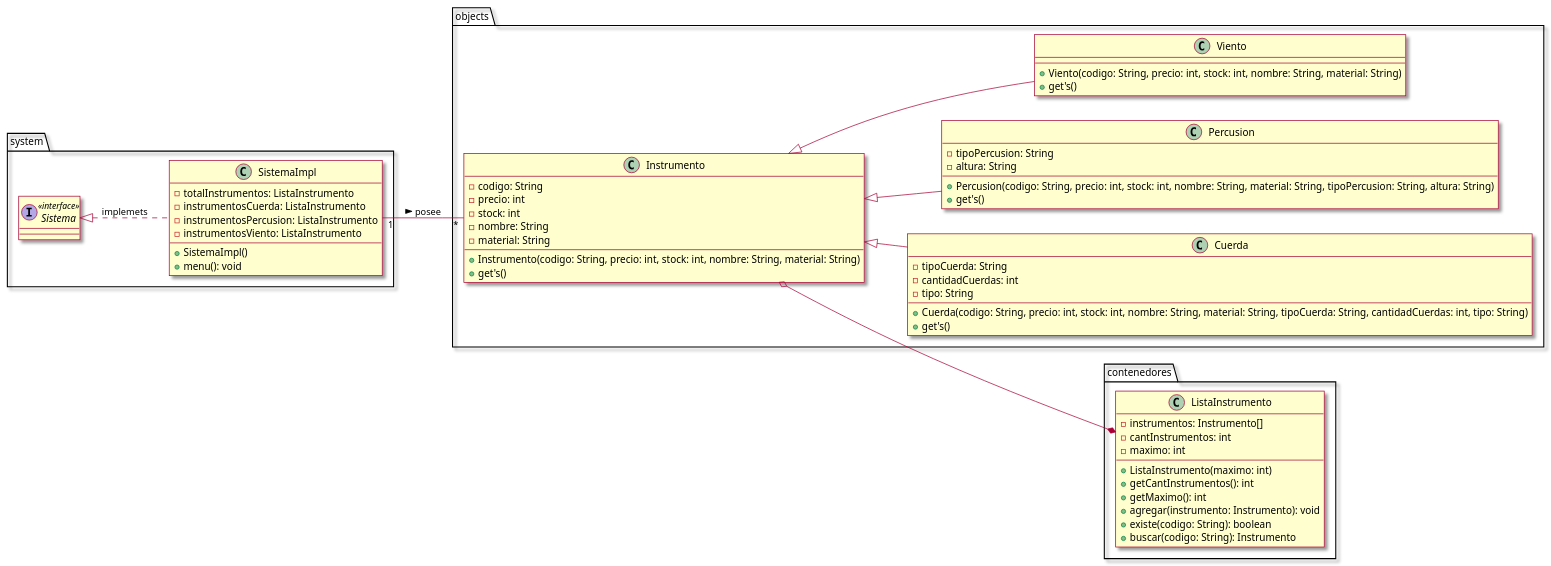
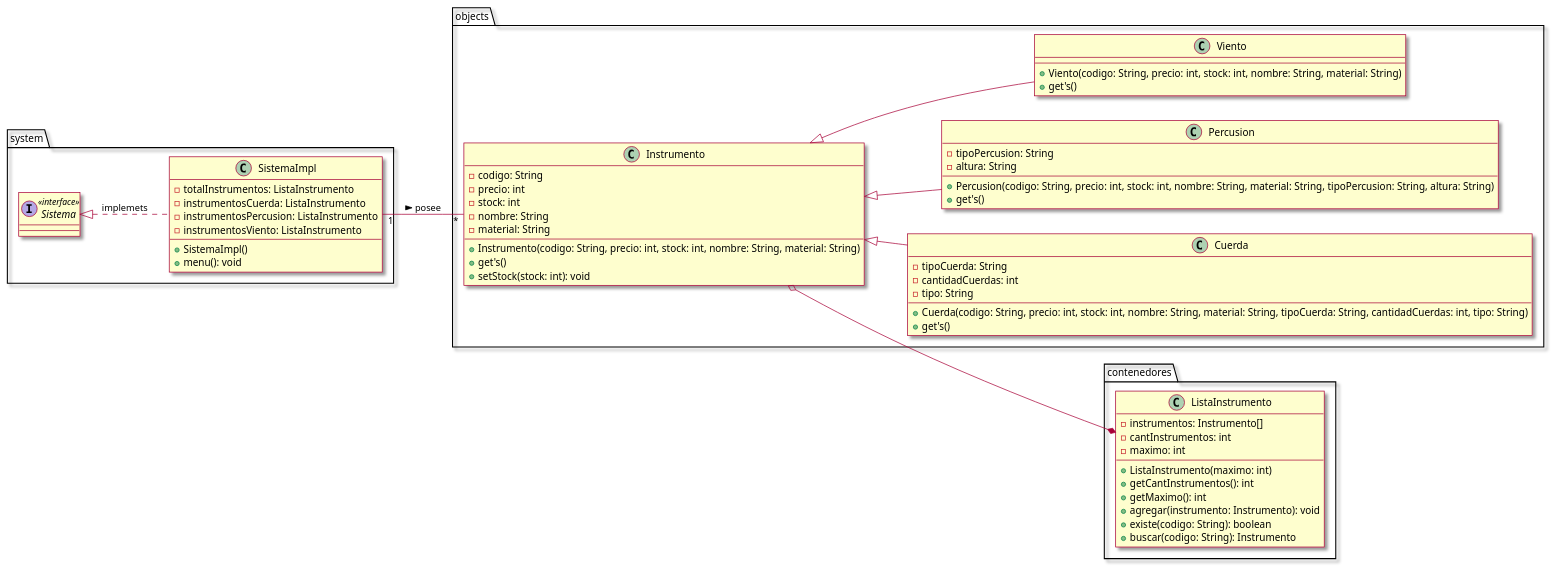
Before and after one commit to ProMDFK123/Taller3: the diagram in src/clase.puml, drawn with PlantUML. The commit also changed 2 other files, not shown here.

```diff
--- a/src/clase.puml
+++ b/src/clase.puml
@@ -1,78 +1,79 @@
 @startuml
 left to right direction
 skin rose
 
 package objects{
     Class Instrumento{
         -codigo: String
         -precio: int
         -stock: int
         -nombre: String
         -material: String
 
         +Instrumento(codigo: String, precio: int, stock: int, nombre: String, material: String)
         +get's()
+        +setStock(stock: int): void
     }
 
     Class Cuerda{
         -tipoCuerda: String
         -cantidadCuerdas: int
         -tipo: String
 
         +Cuerda(codigo: String, precio: int, stock: int, nombre: String, material: String, tipoCuerda: String, cantidadCuerdas: int, tipo: String)
         +get's()
     }
 
     Class Percusion{
         -tipoPercusion: String
         -altura: String
 
         +Percusion(codigo: String, precio: int, stock: int, nombre: String, material: String, tipoPercusion: String, altura: String)
         +get's()
 
     }
 
     Class Viento{
         +Viento(codigo: String, precio: int, stock: int, nombre: String, material: String)
         +get's()
     }
 }
 
 Instrumento^--Cuerda
 Instrumento^--Percusion
 Instrumento^--Viento
 
 package contenedores{
     Class ListaInstrumento{
         -instrumentos: Instrumento[]
         -cantInstrumentos: int
         -maximo: int
 
         +ListaInstrumento(maximo: int)
         +getCantInstrumentos(): int
         +getMaximo(): int
         +agregar(instrumento: Instrumento): void
         +existe(codigo: String): boolean
         +buscar(codigo: String): Instrumento
     }
 }
 
 Instrumento o--* ListaInstrumento
 
 package system{
     interface Sistema <<interface>>{}
 
     Class SistemaImpl{
         -totalInstrumentos: ListaInstrumento
         -instrumentosCuerda: ListaInstrumento
         -instrumentosPercusion: ListaInstrumento
         -instrumentosViento: ListaInstrumento
 
         +SistemaImpl()
         +menu(): void
     }
 }
 
 Sistema^..SistemaImpl: implemets
 SistemaImpl"1"--"*"Instrumento:  posee >
 @enduml
```
